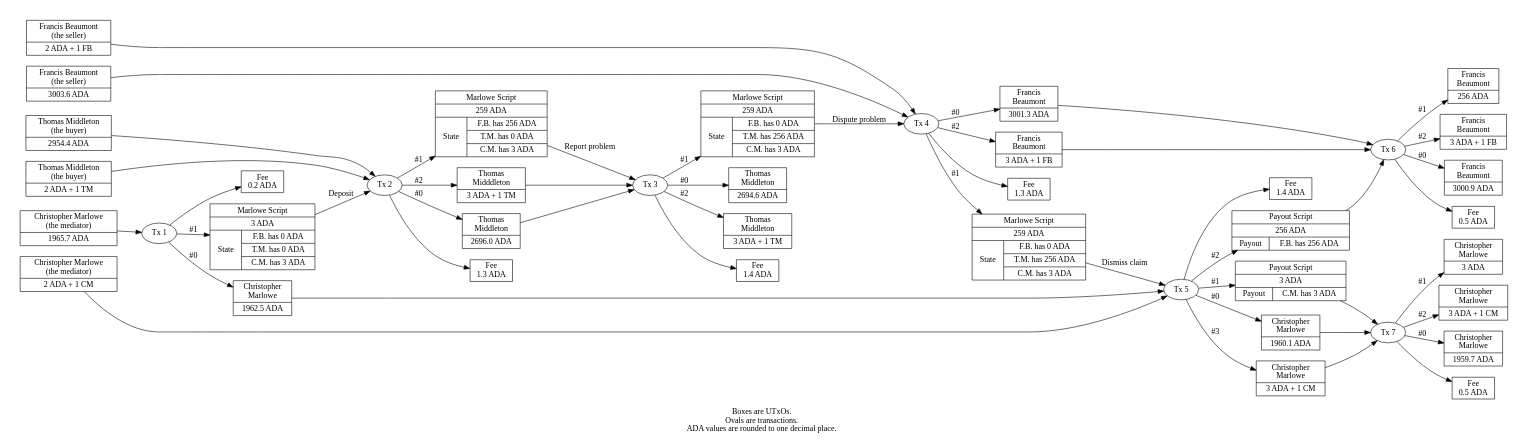
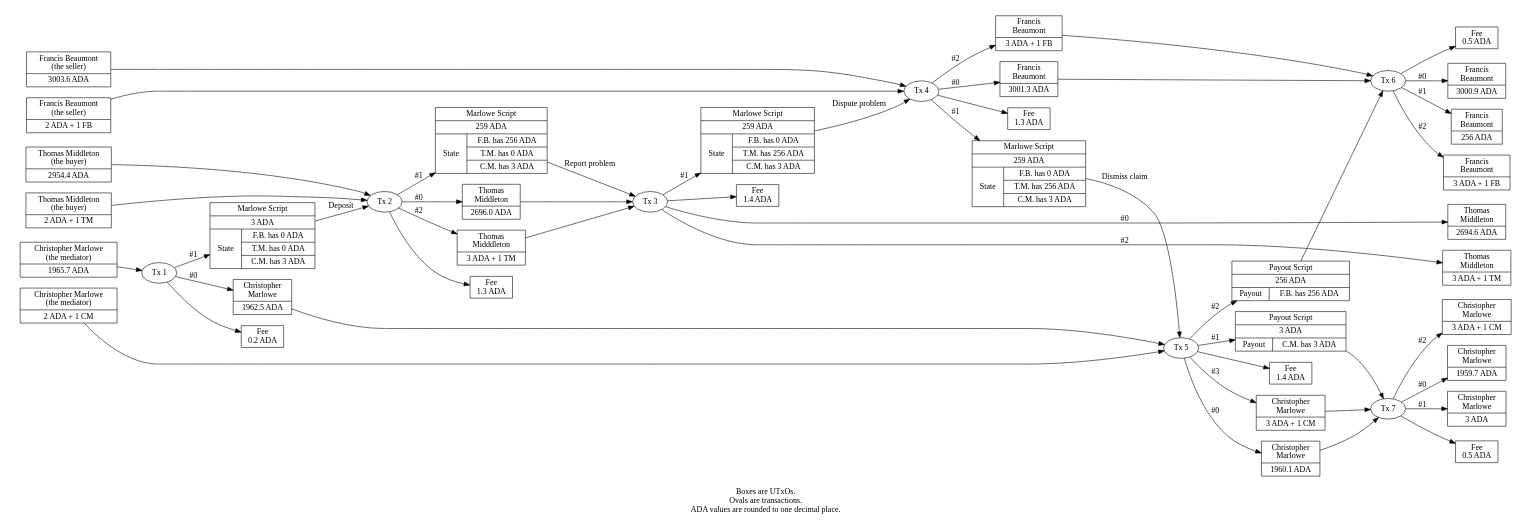
The diagram in escrow/dismiss-claim-txs.dot (input-output-hk/real-world-marlowe), drawn with Graphviz before and after one commit. The commit also changed 1 other file, not shown here.

Commit message:
SCP-3217 adjusted layout of transaction diagram for escrow

```diff
--- a/escrow/dismiss-claim-txs.dot
+++ b/escrow/dismiss-claim-txs.dot
@@ -105,21 +105,6 @@
 Tx2_2 -> Tx3
 
 
-subgraph cluster_3 {
-
-peripheries=0
-
-Tx3_0 [label="Thomas\nMiddleton|2694.6 ADA"]
-
-Tx3_2 [label="Thomas\nMiddleton|3 ADA + 1 TM"]
-
-}
-
-Tx3 -> Tx3_0 [label="#0"]
-
-Tx3 -> Tx3_2 [label="#2"]
-
-
 Tx3_1 [label="Marlowe Script|259 ADA|{State|{F.B. has 0 ADA|T.M. has 256 ADA|C.M. has 3 ADA}}"]
 
 Tx3 -> Tx3_1 [label="#1"]
@@ -217,25 +202,6 @@
 Tx5_2 -> Tx6
 
 
-subgraph cluster_6 {
-
-peripheries=0
-
-Tx6_0 [label="Francis\nBeaumont|3000.9 ADA"]
-
-Tx6_1 [label="Francis\nBeaumont|256 ADA"]
-
-Tx6_2 [label="Francis\nBeaumont|3 ADA + 1 FB"]
-
-}
-
-Tx6 -> Tx6_0 [label="#0"]
-
-Tx6 -> Tx6_1 [label="#1"]
-
-Tx6 -> Tx6_2 [label="#2"]
-
-
 Tx6_Fee [label="Fee\n0.5 ADA"]
 
 Tx6 -> Tx6_Fee
@@ -250,17 +216,63 @@
 Tx5_1 -> Tx7
 
 
-subgraph cluster_7 {
+Tx7_Fee [label="Fee\n0.5 ADA"]
+
+Tx7 -> Tx7_Fee
+
+
+subgraph cluster_x {
 
 peripheries=0
 
-Tx7_0 [label="Christopher\nMarlowe|1959.7 ADA"]
+  subgraph cluster_3 {
 
-Tx7_1 [label="Christopher\nMarlowe|3 ADA"]
+  peripheries=0
 
-Tx7_2 [label="Christopher\nMarlowe|3 ADA + 1 CM"]
+  Tx3_0 [label="Thomas\nMiddleton|2694.6 ADA"]
+
+  Tx3_2 [label="Thomas\nMiddleton|3 ADA + 1 TM"]
+
+  }
+
+  subgraph cluster_6 {
+
+  peripheries=0
+
+  Tx6_0 [label="Francis\nBeaumont|3000.9 ADA"]
+
+  Tx6_1 [label="Francis\nBeaumont|256 ADA"]
+
+  Tx6_2 [label="Francis\nBeaumont|3 ADA + 1 FB"]
+
+  }
+
+  subgraph cluster_7 {
+
+  peripheries=0
+
+  Tx7_0 [label="Christopher\nMarlowe|1959.7 ADA"]
+
+  Tx7_1 [label="Christopher\nMarlowe|3 ADA"]
+
+  Tx7_2 [label="Christopher\nMarlowe|3 ADA + 1 CM"]
+
+  }
 
 }
+
+
+Tx3 -> Tx3_0 [label="#0"]
+
+Tx3 -> Tx3_2 [label="#2"]
+
+
+Tx6 -> Tx6_0 [label="#0"]
+
+Tx6 -> Tx6_1 [label="#1"]
+
+Tx6 -> Tx6_2 [label="#2"]
+
 
 Tx7 -> Tx7_0 [label="#0"]
 
@@ -269,11 +281,6 @@
 Tx7 -> Tx7_2 [label="#2"]
 
 
-Tx7_Fee [label="Fee\n0.5 ADA"]
-
-Tx7 -> Tx7_Fee
-
-
 label="Boxes are UTxOs.\nOvals are transactions.\nADA values are rounded to one decimal place."
 
 }
```
